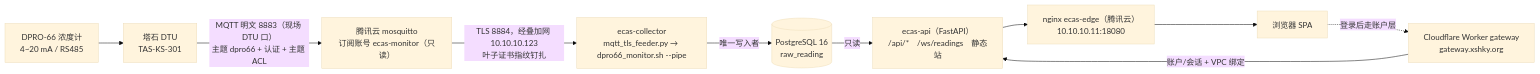
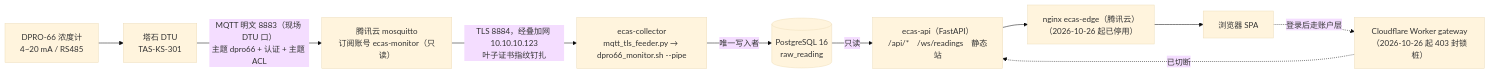
Before and after one commit to Free-Aaron-Li/ecas: the diagram in docs/ECAS网站全流程布局.md, drawn with Mermaid (base theme). The commit also changed other lines of this file and 194 other files, not shown here.

````diff
--- a/docs/ECAS网站全流程布局.md
+++ b/docs/ECAS网站全流程布局.md
@@ -12,12 +12,12 @@
 ```mermaid
 flowchart LR
   A["DPRO-66 浓度计<br/>4~20 mA / RS485"] --> B["塔石 DTU<br/>TAS-KS-301"]
   B -->|"MQTT 明文 8883（现场 DTU 口）<br/>主题 dpro66 + 认证 + 主题 ACL"| C["腾讯云 mosquitto<br/>订阅账号 ecas-monitor（只读）"]
   C -->|"TLS 8884，经叠加网 10.10.10.123<br/>叶子证书指纹钉扎"| D["ecas-collector<br/>mqtt_tls_feeder.py → dpro66_monitor.sh --pipe"]
   D -->|"唯一写入者"| E[("PostgreSQL 16<br/>raw_reading")]
   E -->|"只读"| F["ecas-api（FastAPI）<br/>/api/*　/ws/readings　静态站"]
-  F --> G["nginx ecas-edge（腾讯云）<br/>10.10.10.11:18080"]
+  F --> G["nginx ecas-edge（腾讯云）<br/>（2026-10-26 起已停用）"]
   G --> H["浏览器 SPA"]
-  I["Cloudflare Worker gateway<br/>gateway.xshky.org"] -->|"账户/会话 + VPC 绑定"| F
+  I["Cloudflare Worker gateway<br/>（2026-10-26 起 403 封锁桩）"] -.->|"已切断"| F
   H -.->|"登录后走账户层"| I
 ```
````
